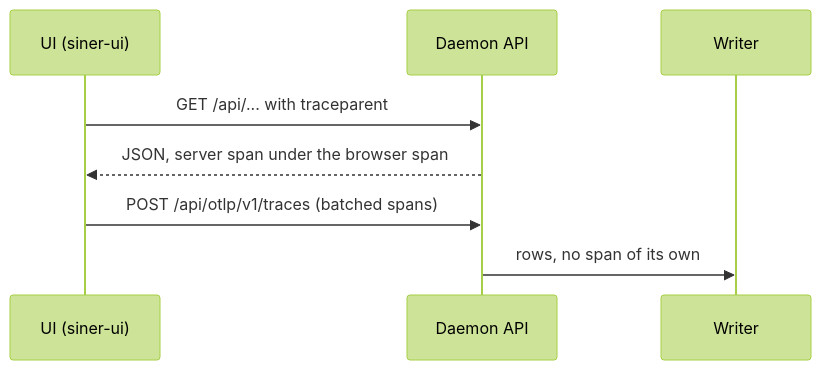
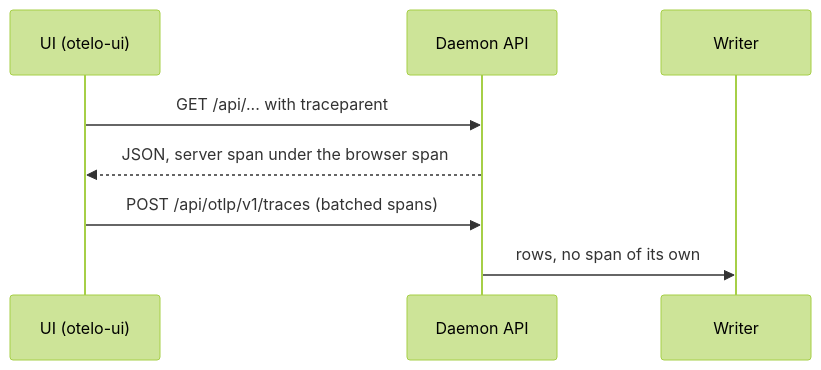
Before and after one commit to sukovanej/otelo: the diagram in tasks/00014-trace-the-web-ui-and-join-its-sp.md, drawn with Mermaid (forest theme). The commit also changed other lines of this file, not shown here.

````diff
--- a/tasks/00014-trace-the-web-ui-and-join-its-sp.md
+++ b/tasks/00014-trace-the-web-ui-and-join-its-sp.md
@@ -12,10 +12,10 @@
 ```mermaid
 sequenceDiagram
-  participant ui as UI (siner-ui)
+  participant ui as UI (otelo-ui)
   participant api as Daemon API
   participant w as Writer
   ui->>api: GET /api/... with traceparent
   api-->>ui: JSON, server span under the browser span
   ui->>api: POST /api/otlp/v1/traces (batched spans)
   api->>w: rows, no span of its own
 ```
````
